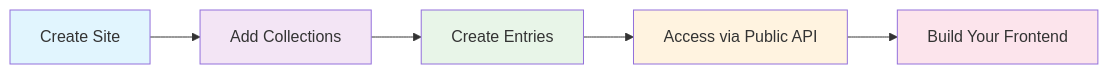
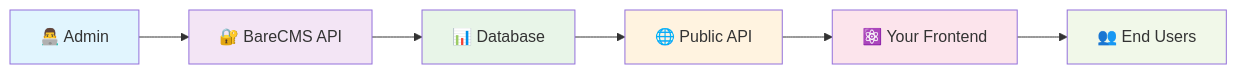
One commit to snowztech/barecms-docs changed the diagram in README.md. Above: the diagram before and after it, drawn with Mermaid. The commit also changed other lines of this file and 14 other files, not shown here.

````diff
--- a/README.md
+++ b/README.md
@@ -160,13 +170,15 @@
 ```mermaid
 graph LR
-    A[Create Site] --> B[Add Collections]
-    B --> C[Create Entries]
-    C --> D[Access via Public API]
-    D --> E[Build Your Frontend]
+    A[👨‍💻 Admin] --> B[🔐 BareCMS API]
+    B --> C[📊 Database]
+    C --> D[🌐 Public API]
+    D --> E[⚛️ Your Frontend]
+    E --> F[👥 End Users]
 
     style A fill:#e1f5fe
     style B fill:#f3e5f5
     style C fill:#e8f5e8
     style D fill:#fff3e0
     style E fill:#fce4ec
+    style F fill:#f1f8e9
 ```
````
